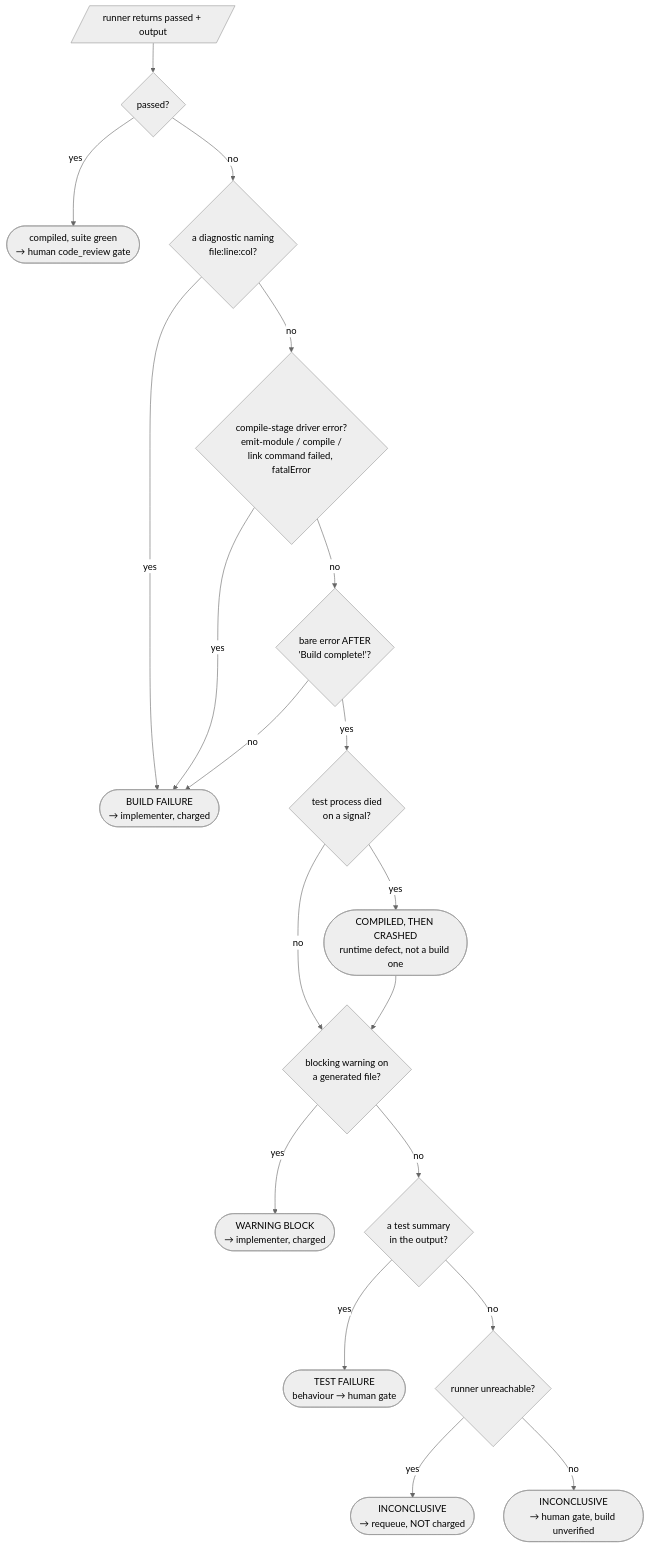
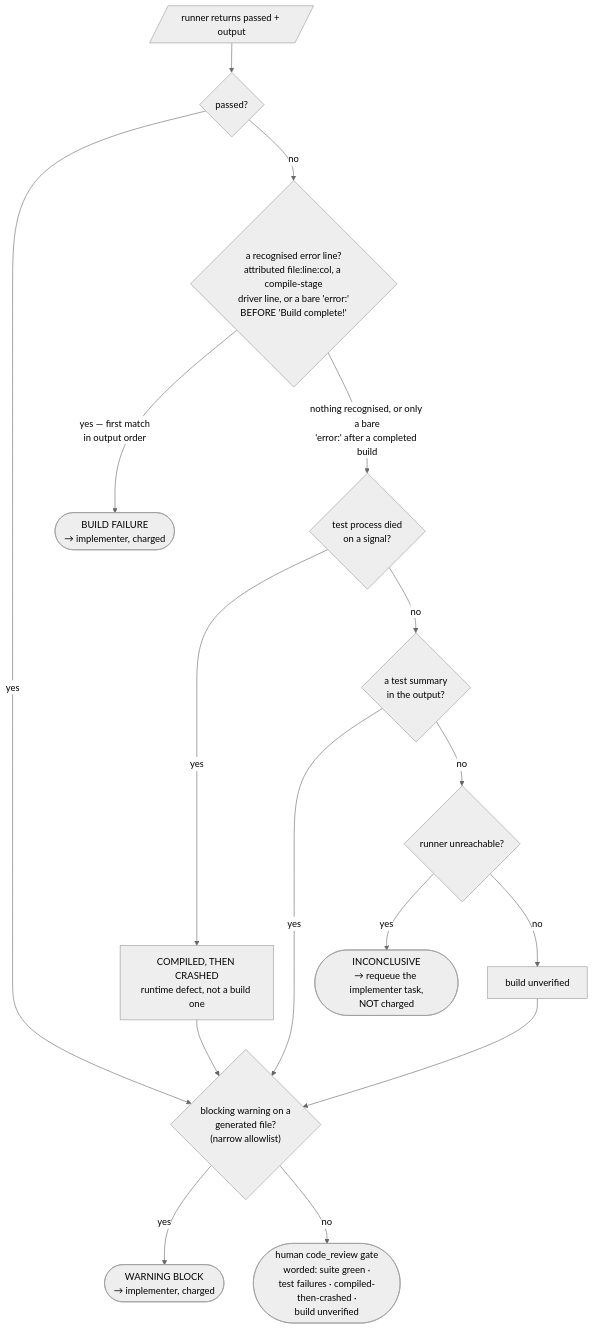
The fifth of 6 diagrams in docs/PIPELINE.md (keithmerrilliv/coding-model-server), drawn with Mermaid (neutral theme) before and after one commit. The commit also changed other lines of this file, not shown here.

First line of the commit message:
DEV-551: make the map match the territory

````diff
--- a/docs/PIPELINE.md
+++ b/docs/PIPELINE.md
@@ -184,28 +211,23 @@
 ```mermaid
 flowchart TD
     IN[/runner returns passed + output/] --> P{passed?}
-    P -->|yes| OK([compiled, suite green<br/>→ human code_review gate])
-    P -->|no| ATTR{"a diagnostic naming<br/>file:line:col?"}
+    P -->|yes| WARN
+    P -->|no| DIAG{"a recognised error line?<br/>attributed file:line:col, a compile-stage<br/>driver line, or a bare 'error:'<br/>BEFORE 'Build complete!'"}
 
-    ATTR -->|yes| BF([BUILD FAILURE<br/>→ implementer, charged])
-    ATTR -->|no| DRV{"compile-stage driver error?<br/>emit-module / compile /<br/>link command failed, fatalError"}
+    DIAG -->|"yes — first match<br/>in output order"| BF([BUILD FAILURE<br/>→ implementer, charged])
+    DIAG -->|"nothing recognised, or only a bare<br/>'error:' after a completed build"| CRASH{"test process died<br/>on a signal?"}
 
-    DRV -->|yes| BF
-    DRV -->|no| DONEMARK{"bare error AFTER<br/>'Build complete!'?"}
+    CRASH -->|yes| TRAP[COMPILED, THEN CRASHED<br/>runtime defect, not a build one]
+    TRAP --> WARN
+    CRASH -->|no| SUMM{"a test summary<br/>in the output?"}
 
-    DONEMARK -->|no| BF
-    DONEMARK -->|yes| CRASH{"test process died<br/>on a signal?"}
-
-    CRASH -->|yes| TRAP([COMPILED, THEN CRASHED<br/>runtime defect, not a build one])
-    CRASH -->|no| WARN{"blocking warning on<br/>a generated file?"}
-
-    TRAP --> WARN
-    WARN -->|yes| WB([WARNING BLOCK<br/>→ implementer, charged])
-    WARN -->|no| SUMM{"a test summary<br/>in the output?"}
-
-    SUMM -->|yes| TF([TEST FAILURE<br/>behaviour → human gate])
+    SUMM -->|yes| WARN
     SUMM -->|no| UNREACH{"runner unreachable?"}
 
-    UNREACH -->|yes| RQ([INCONCLUSIVE<br/>→ requeue, NOT charged])
-    UNREACH -->|no| INC([INCONCLUSIVE<br/>→ human gate, build unverified])
+    UNREACH -->|yes| RQ([INCONCLUSIVE<br/>→ requeue the implementer task,<br/>NOT charged])
+    UNREACH -->|no| INC[build unverified]
+    INC --> WARN
+
+    WARN{"blocking warning on a<br/>generated file?<br/>(narrow allowlist)"} -->|yes| WB([WARNING BLOCK<br/>→ implementer, charged])
+    WARN -->|no| GATE([human code_review gate<br/>worded: suite green ·<br/>test failures · compiled-then-crashed ·<br/>build unverified])
 ```
````
